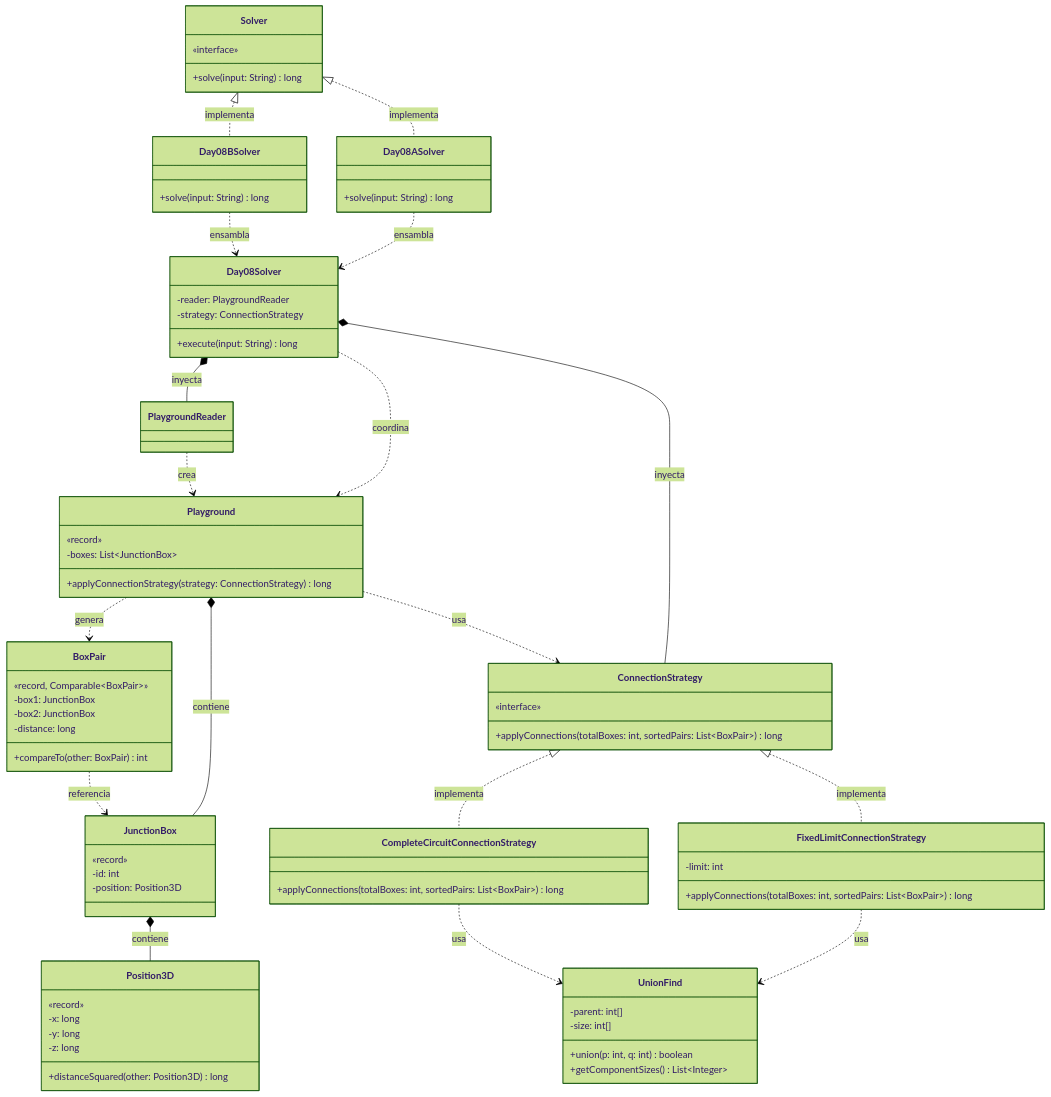
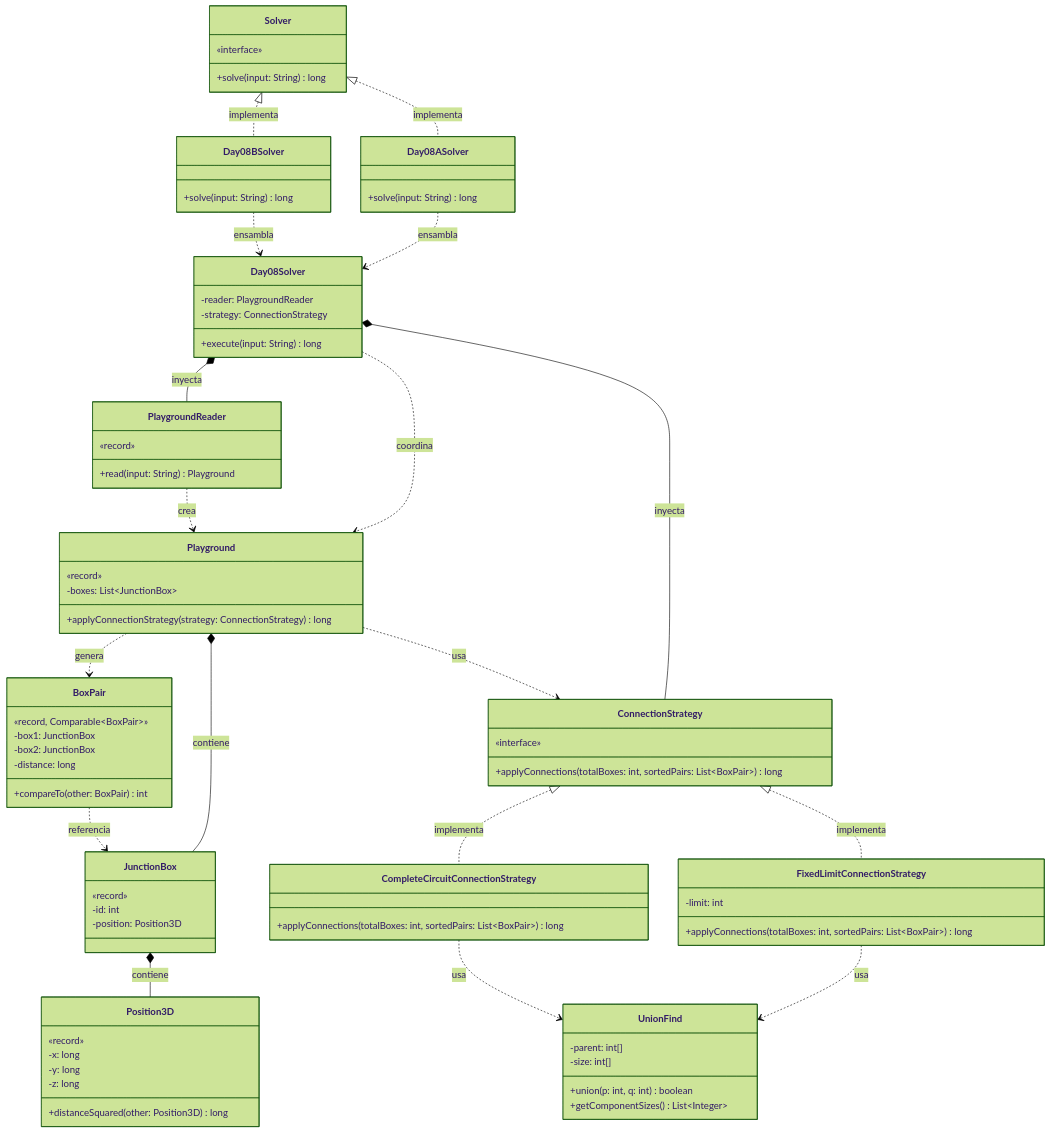
Before and after one commit to ivanperezdiaz829/AoC2025: the diagram in src/main/java/software/aoc/day08/README.md, drawn with Mermaid (forest theme).

Commit message:
Minnor fix of the Day08 README

```diff
--- a/src/main/java/software/aoc/day08/README.md
+++ b/src/main/java/software/aoc/day08/README.md
@@ -55,6 +55,11 @@
     -reader: PlaygroundReader
     -strategy: ConnectionStrategy
     +execute(input: String) long
+  }
+
+  class PlaygroundReader {
+    «record»
+    +read(input: String) Playground
   }
 
   class Playground {
```
